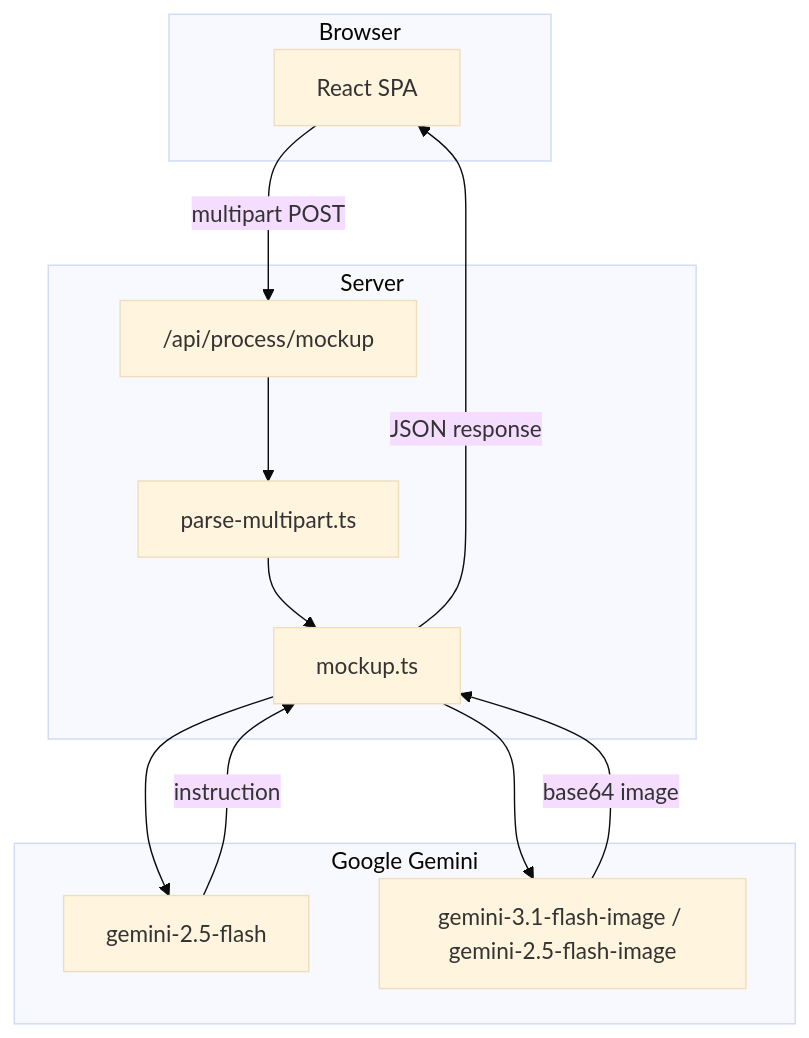
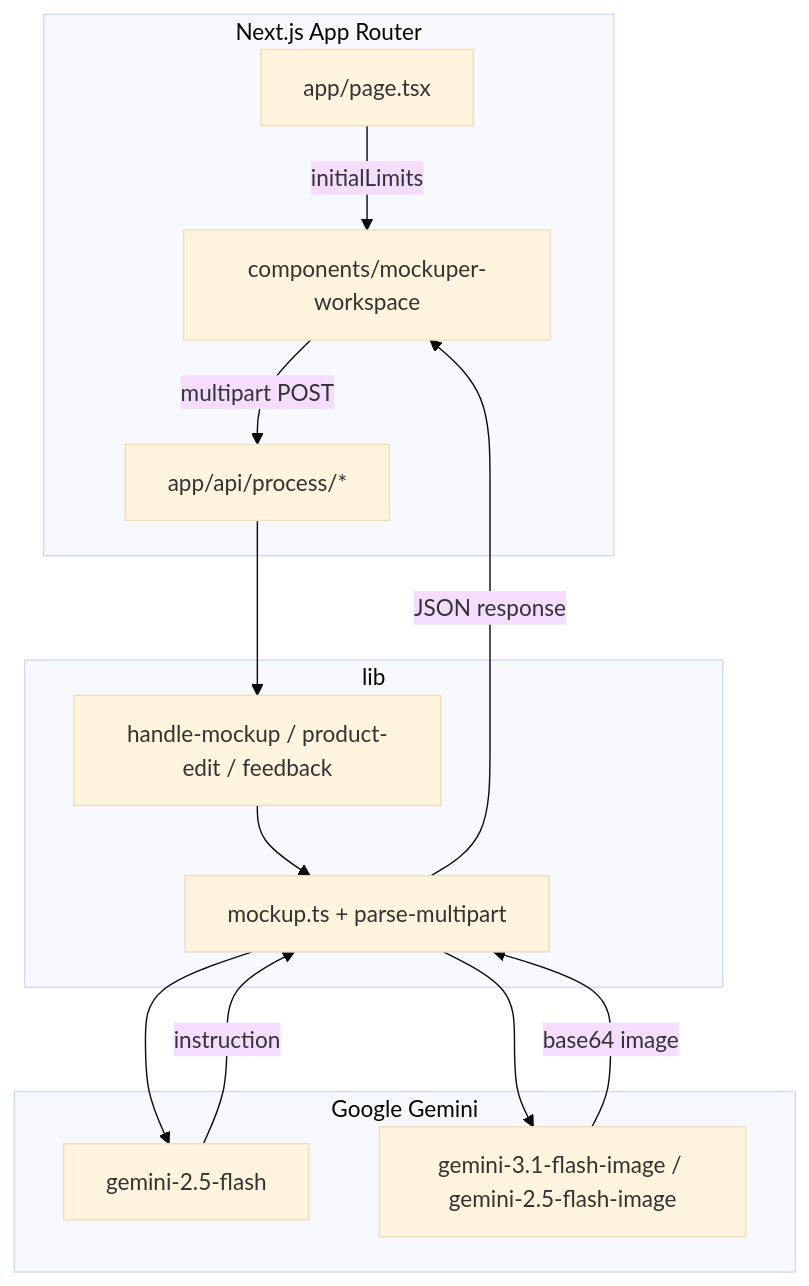
The diagram in README.md (mushoodxohanif/mockuper), drawn with Mermaid (base theme) before and after one commit. The commit also changed other lines of this file and 67 other files, not shown here.

First line of the commit message:
feat: migrate to Next.js and enhance API integration for mockup generation

````diff
--- a/README.md
+++ b/README.md
@@ -112,26 +115,27 @@
 ```mermaid
 flowchart TB
-  subgraph client [Browser]
-    UI[React SPA]
+  subgraph next [Next.js App Router]
+    Page["app/page.tsx"]
+    Client["components/mockuper-workspace"]
+    RH["app/api/process/*"]
   end
 
-  subgraph server [Server]
-    API["/api/process/mockup"]
-    Parse[parse-multipart.ts]
-    Pipeline[mockup.ts]
+  subgraph lib [lib]
+    Handlers[handle-mockup / product-edit / feedback]
+    Pipeline[mockup.ts + parse-multipart]
   end
 
   subgraph gemini [Google Gemini]
     Flash[gemini-2.5-flash]
     Image[gemini-3.1-flash-image / gemini-2.5-flash-image]
   end
 
-  UI -->|multipart POST| API
-  API --> Parse
-  Parse --> Pipeline
+  Page -->|initialLimits| Client
+  Client -->|multipart POST| RH
+  RH --> Handlers --> Pipeline
   Pipeline --> Flash
   Flash -->|instruction| Pipeline
   Pipeline --> Image
   Image -->|base64 image| Pipeline
-  Pipeline -->|JSON response| UI
+  Pipeline -->|JSON response| Client
 ```
````
